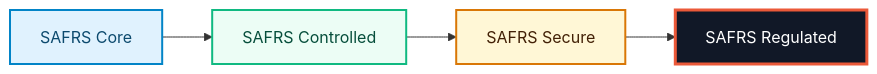
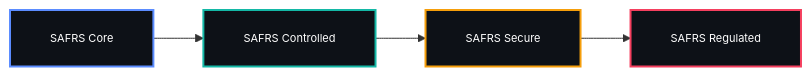
The seventh of 8 diagrams in README.md (drferdii/Monorepo-safrs), drawn with Mermaid before and after one commit. The commit also changed other lines of this file, not shown here.

````diff
--- a/README.md
+++ b/README.md
@@ -719,19 +747,20 @@
 ```mermaid
+%%{init: {"flowchart": {"htmlLabels": false, "padding": 20}, "themeVariables": {"fontFamily": "monospace", "fontSize": "11px"}}}%%
 flowchart LR
     Core["SAFRS Core"]
     Controlled["SAFRS Controlled"]
     Secure["SAFRS Secure"]
     Regulated["SAFRS Regulated"]
 
     Core --> Controlled --> Secure --> Regulated
 
-    classDef core fill:#E0F2FE,stroke:#0284C7,color:#0C4A6E,stroke-width:2px;
-    classDef controlled fill:#ECFDF5,stroke:#10B981,color:#064E3B,stroke-width:2px;
-    classDef secure fill:#FFF7D6,stroke:#D97706,color:#422006,stroke-width:2px;
-    classDef regulated fill:#111827,stroke:#EB5939,color:#FFFFFF,stroke-width:3px;
+    classDef core fill:#0D1117,stroke:#5B8CFF,color:#ffffff,stroke-width:2px;
+    classDef controlled fill:#0D1117,stroke:#14B8A6,color:#ffffff,stroke-width:2px;
+    classDef secure fill:#0D1117,stroke:#F59E0B,color:#ffffff,stroke-width:2px;
+    classDef regulated fill:#0D1117,stroke:#F43F5E,color:#ffffff,stroke-width:2px;
 
     class Core core;
     class Controlled controlled;
     class Secure secure;
     class Regulated regulated;
 ```
````
